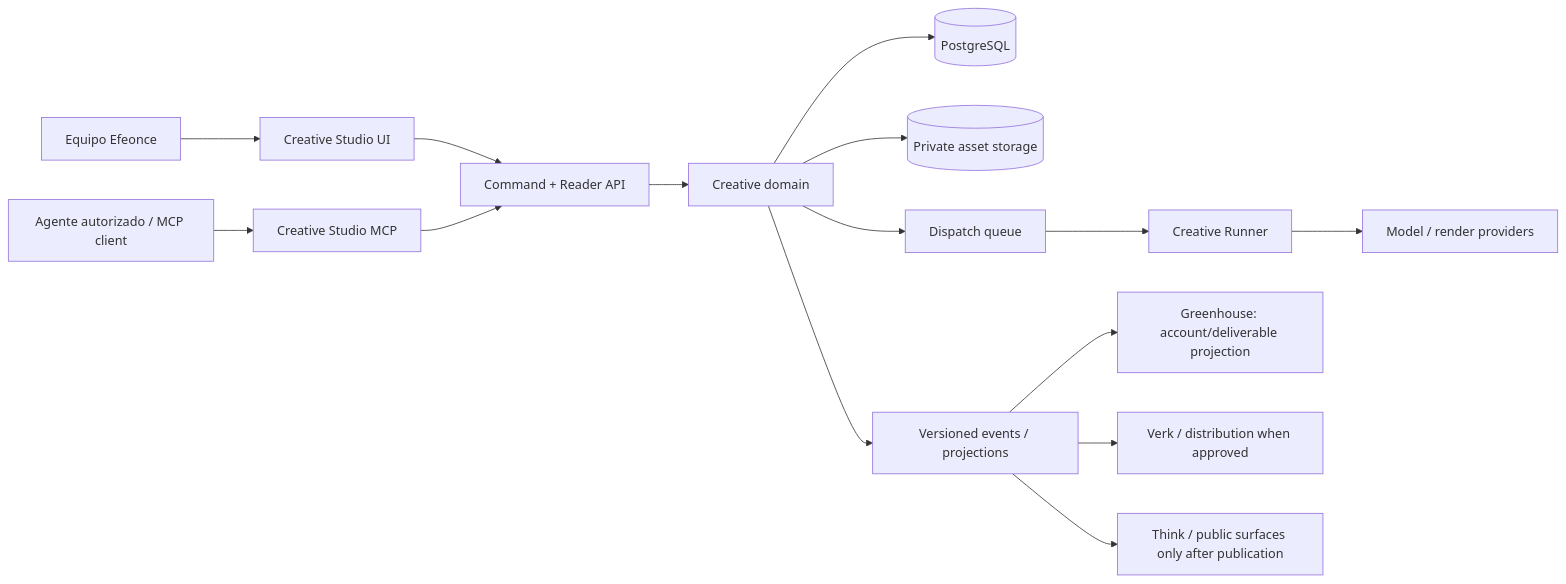
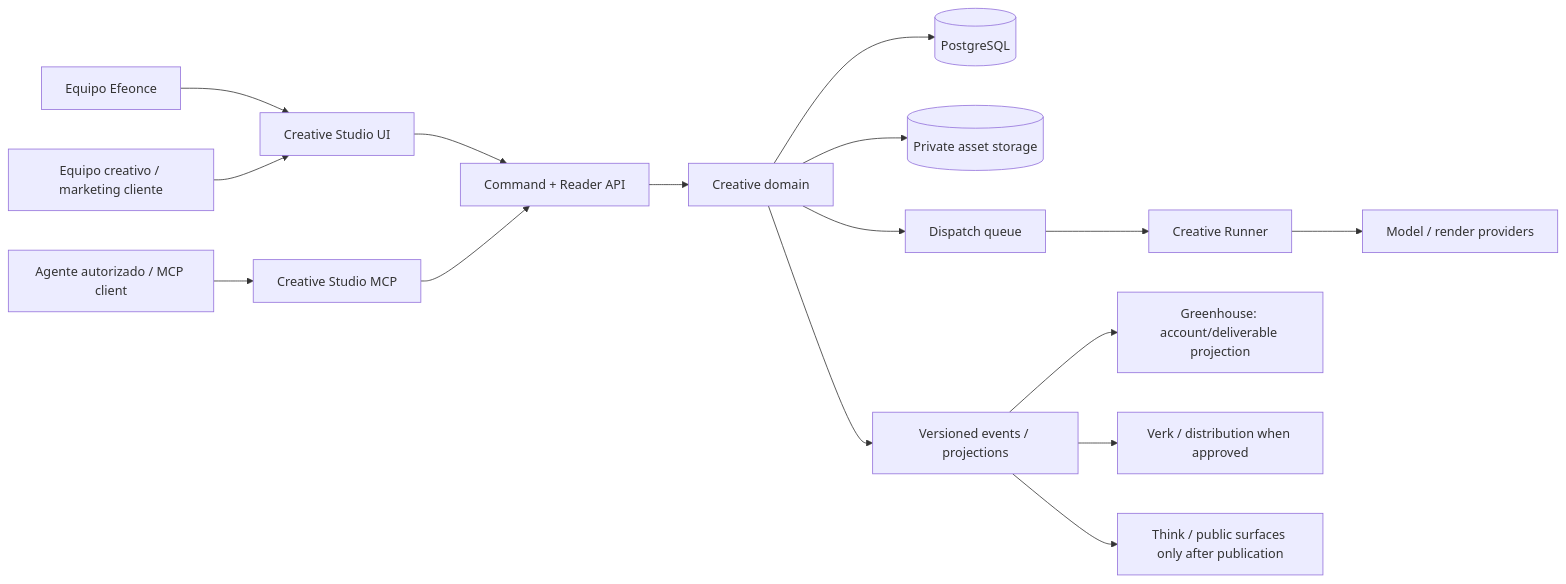
One commit to efeoncepro/greenhouse-eo changed the first of 3 diagrams in docs/architecture/EFEONCE_CREATIVE_STUDIO_AGENTIC_PLATFORM_ARCHITECTURE_V1.md. Above: the diagram before and after it, drawn with Mermaid. The commit also changed other lines of this file and 594 other files, not shown here.

````diff
--- a/docs/architecture/EFEONCE_CREATIVE_STUDIO_AGENTIC_PLATFORM_ARCHITECTURE_V1.md
+++ b/docs/architecture/EFEONCE_CREATIVE_STUDIO_AGENTIC_PLATFORM_ARCHITECTURE_V1.md
@@ -33,17 +37,18 @@
 ```mermaid
 flowchart LR
   team["Equipo Efeonce"] --> ui["Creative Studio UI"]
+  client["Equipo creativo / marketing cliente"] --> ui
   agent["Agente autorizado / MCP client"] --> mcp["Creative Studio MCP"]
   ui --> api["Command + Reader API"]
   mcp --> api
   api --> domain["Creative domain"]
   domain --> db[("PostgreSQL")]
   domain --> assets[("Private asset storage")]
   domain --> queue["Dispatch queue"]
   queue --> runner["Creative Runner"]
   runner --> providers["Model / render providers"]
   domain --> events["Versioned events / projections"]
   events --> greenhouse["Greenhouse: account/deliverable projection"]
   events --> verk["Verk / distribution when approved"]
   events --> surfaces["Think / public surfaces only after publication"]
 ```
````
